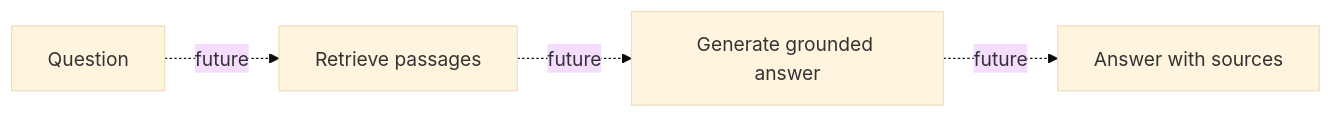
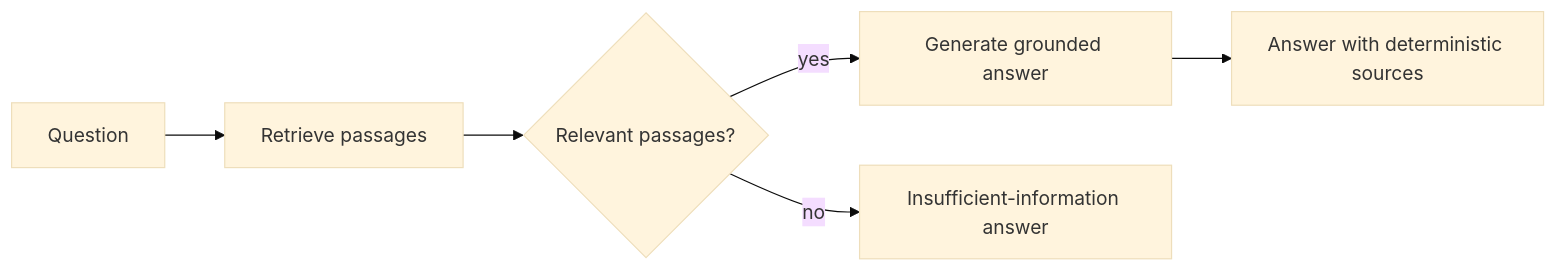
Before and after one commit to laszlokiss88/garden-center-api: the second of 2 diagrams in docs/architecture.md, drawn with Mermaid (base theme). The commit also changed other lines of this file and 15 other files, not shown here.

````diff
--- a/docs/architecture.md
+++ b/docs/architecture.md
@@ -64,6 +65,8 @@
 ```mermaid
 flowchart LR
-    Q[Question] -. future .-> R[Retrieve passages]
-    R -. future .-> G[Generate grounded answer]
-    G -. future .-> A[Answer with sources]
+    Q[Question] --> R[Retrieve passages]
+    R --> C{Relevant passages?}
+    C -->|yes| G[Generate grounded answer]
+    C -->|no| I[Insufficient-information answer]
+    G --> A[Answer with deterministic sources]
 ```
````
